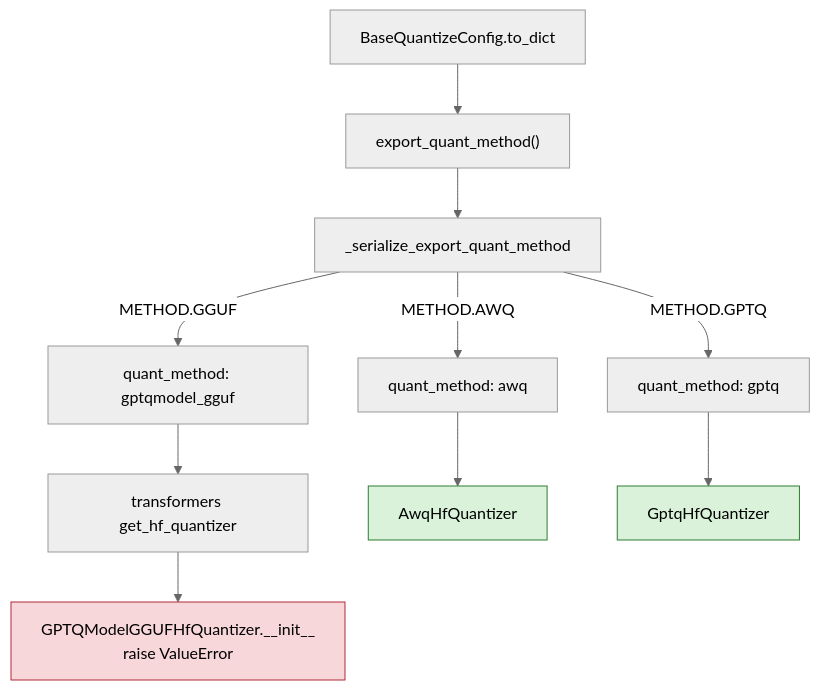
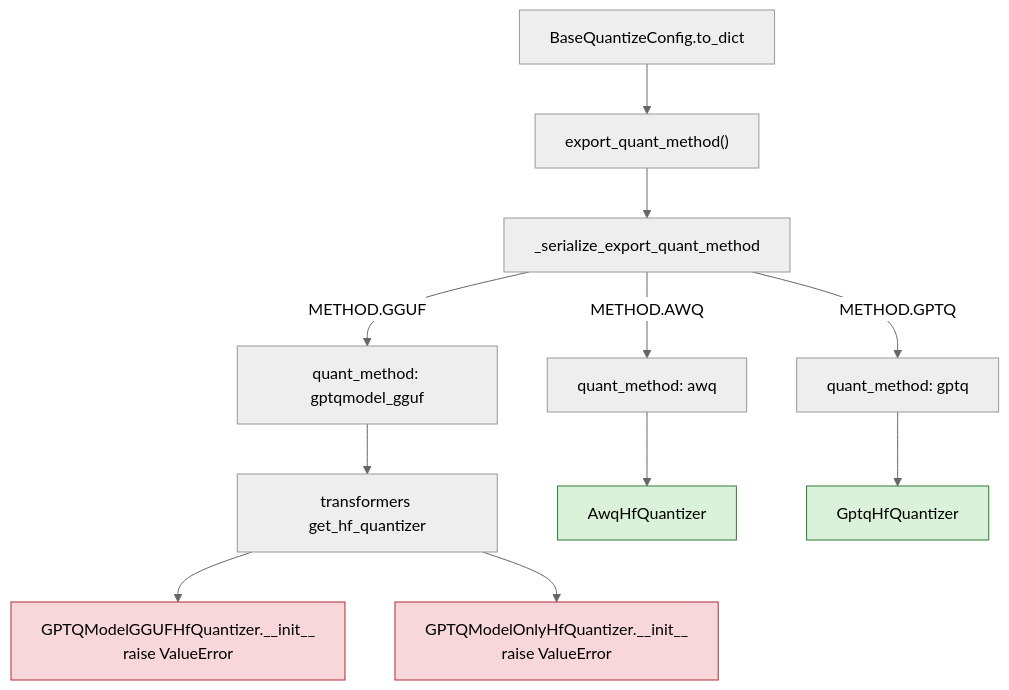
The tenth of 11 diagrams in docs/checkpoint-interop.md (ModelCloud/GPTQModel), drawn with Mermaid (neutral theme) before and after one commit. The commit also changed other lines of this file and 11 other files, not shown here.

````diff
--- a/docs/checkpoint-interop.md
+++ b/docs/checkpoint-interop.md
@@ -300,15 +310,17 @@
 ```mermaid
 flowchart TD
     A["BaseQuantizeConfig.to_dict"] --> B["export_quant_method()"]
     B --> C["_serialize_export_quant_method"]
     C -- "METHOD.GGUF" --> D["quant_method: gptqmodel_gguf"]
     C -- "METHOD.AWQ" --> E["quant_method: awq"]
     C -- "METHOD.GPTQ" --> F["quant_method: gptq"]
     D --> G["transformers get_hf_quantizer"]
     G --> H["GPTQModelGGUFHfQuantizer.__init__<br/>raise ValueError"]
+    G --> K["GPTQModelOnlyHfQuantizer.__init__<br/>raise ValueError"]
     E --> I["AwqHfQuantizer"]
     F --> J["GptqHfQuantizer"]
     style H fill:#f8d7da,stroke:#b02a37
+    style K fill:#f8d7da,stroke:#b02a37
     style I fill:#d9f2d9,stroke:#2e7d32
     style J fill:#d9f2d9,stroke:#2e7d32
 ```
````
